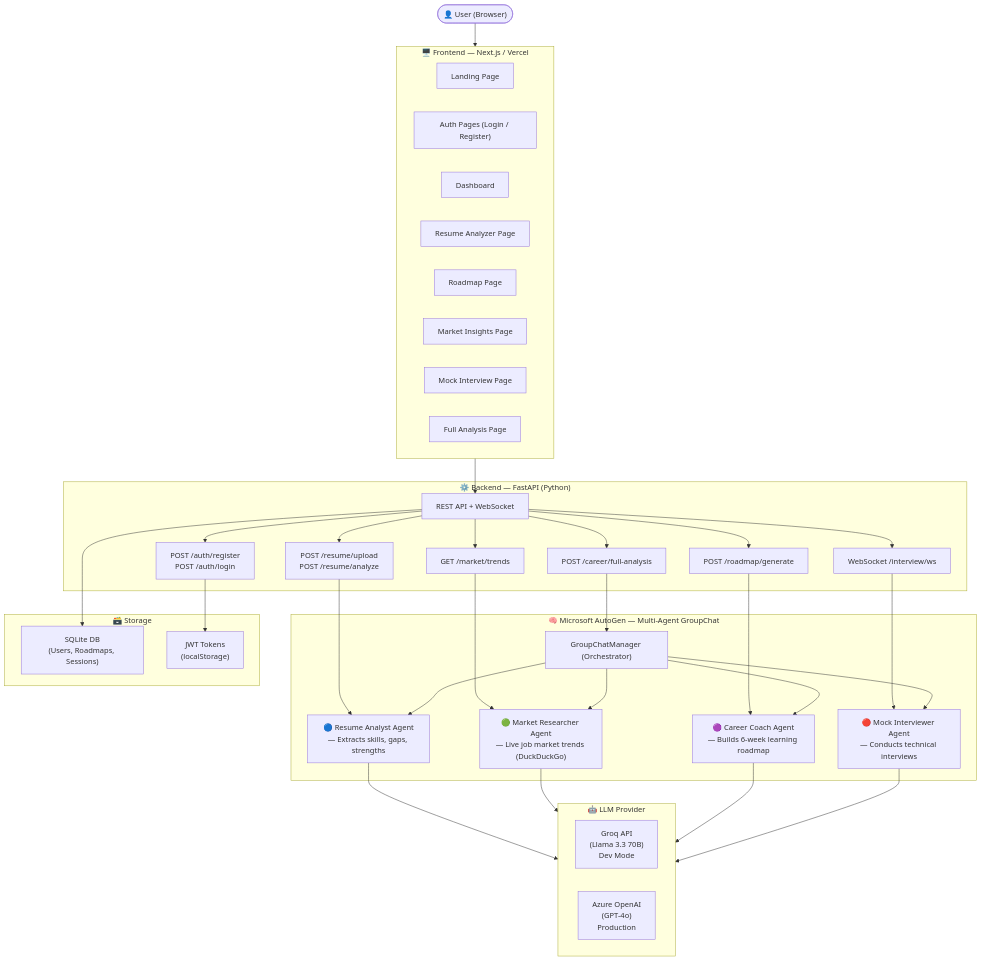
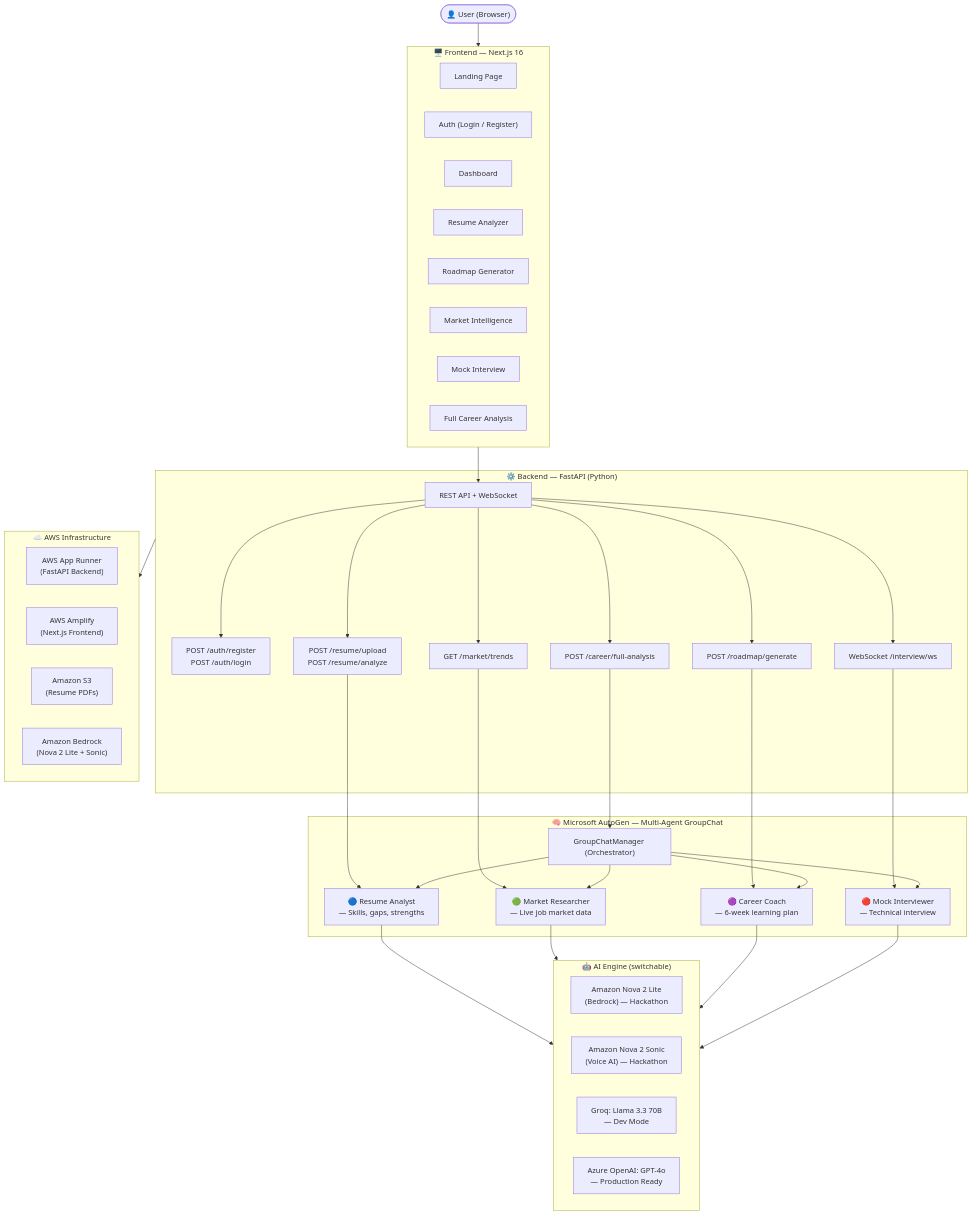
The diagram in README.md (Anil-Pradhan-web/ai-career-mentor), drawn with Mermaid before and after one commit. The commit also changed other lines of this file and 13 other files, not shown here.

First line of the commit message:
feat: production UI redesign + responsive system + hackathon README

````diff
--- a/README.md
+++ b/README.md
@@ -11,71 +55,59 @@
 ```mermaid
 graph TD
     User(["👤 User (Browser)"])
 
-    subgraph Frontend ["🖥️ Frontend — Next.js / Vercel"]
+    subgraph Frontend ["🖥️ Frontend — Next.js 16"]
         LP["Landing Page"]
-        AUTH["Auth Pages (Login / Register)"]
+        AUTH["Auth (Login / Register)"]
         DB["Dashboard"]
-        RA["Resume Analyzer Page"]
-        RM["Roadmap Page"]
-        MI["Market Insights Page"]
-        IV["Mock Interview Page"]
-        FA["Full Analysis Page"]
+        RA["Resume Analyzer"]
+        RM["Roadmap Generator"]
+        MI["Market Intelligence"]
+        IV["Mock Interview"]
+        FA["Full Career Analysis"]
     end
 
     subgraph Backend ["⚙️ Backend — FastAPI (Python)"]
         API["REST API + WebSocket"]
         AUTH_API["POST /auth/register\nPOST /auth/login"]
         RESUME_API["POST /resume/upload\nPOST /resume/analyze"]
         ROAD_API["POST /roadmap/generate"]
         MKT_API["GET /market/trends"]
         IV_API["WebSocket /interview/ws"]
         FULL_API["POST /career/full-analysis"]
     end
 
     subgraph AgentLayer ["🧠 Microsoft AutoGen — Multi-Agent GroupChat"]
         ORCH["GroupChatManager (Orchestrator)"]
-        A1["🔵 Resume Analyst Agent\n— Extracts skills, gaps, strengths"]
-        A2["🟢 Market Researcher Agent\n— Live job market trends (DuckDuckGo)"]
-        A3["🟣 Career Coach Agent\n— Builds 6-week learning roadmap"]
-        A4["🔴 Mock Interviewer Agent\n— Conducts technical interviews"]
+        A1["🔵 Resume Analyst\n— Skills, gaps, strengths"]
+        A2["🟢 Market Researcher\n— Live job market data"]
+        A3["🟣 Career Coach\n— 6-week learning plan"]
+        A4["🔴 Mock Interviewer\n— Technical interview"]
     end
 
-    subgraph LLM ["🤖 LLM Provider"]
-        GROQ["Groq API\n(Llama 3.3 70B)\nDev Mode"]
-        AZURE["Azure OpenAI\n(GPT-4o)\nProduction"]
+    subgraph LLM ["🤖 AI Engine (switchable)"]
+        NOVA["Amazon Nova 2 Lite\n(Bedrock) — Hackathon"]
+        SONIC["Amazon Nova 2 Sonic\n(Voice AI) — Hackathon"]
+        GROQ["Groq: Llama 3.3 70B\n— Dev Mode"]
+        AZURE["Azure OpenAI: GPT-4o\n— Production Ready"]
     end
 
-    subgraph Storage ["🗃️ Storage"]
-        SQLITE["SQLite DB\n(Users, Roadmaps, Sessions)"]
-        JWT["JWT Tokens\n(localStorage)"]
+    subgraph AWS ["☁️ AWS Infrastructure"]
+        APPRUNNER["AWS App Runner\n(FastAPI Backend)"]
+        AMPLIFY["AWS Amplify\n(Next.js Frontend)"]
+        S3["Amazon S3\n(Resume PDFs)"]
+        BEDROCK["Amazon Bedrock\n(Nova 2 Lite + Sonic)"]
     end
 
     User --> Frontend
     Frontend --> API
-    API --> AUTH_API
-    API --> RESUME_API
-    API --> ROAD_API
-    API --> MKT_API
-    API --> IV_API
-    API --> FULL_API
-
+    API --> AUTH_API & RESUME_API & ROAD_API & MKT_API & IV_API & FULL_API
     RESUME_API --> A1
     ROAD_API --> A3
     MKT_API --> A2
     IV_API --> A4
     FULL_API --> ORCH
-
-    ORCH --> A1
-    ORCH --> A2
-    ORCH --> A3
-    ORCH --> A4
-
-    A1 --> LLM
-    A2 --> LLM
-    A3 --> LLM
-    A4 --> LLM
-
-    API --> SQLITE
-    AUTH_API --> JWT
+    ORCH --> A1 & A2 & A3 & A4
+    A1 & A2 & A3 & A4 --> LLM
+    Backend --> AWS
 ```
````
